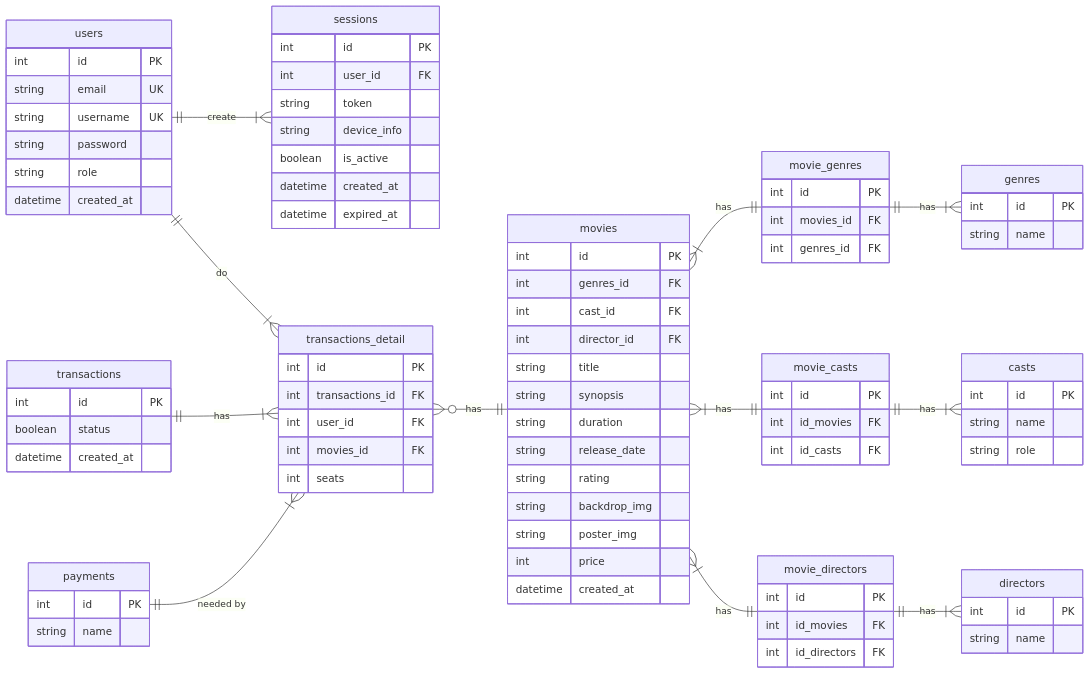
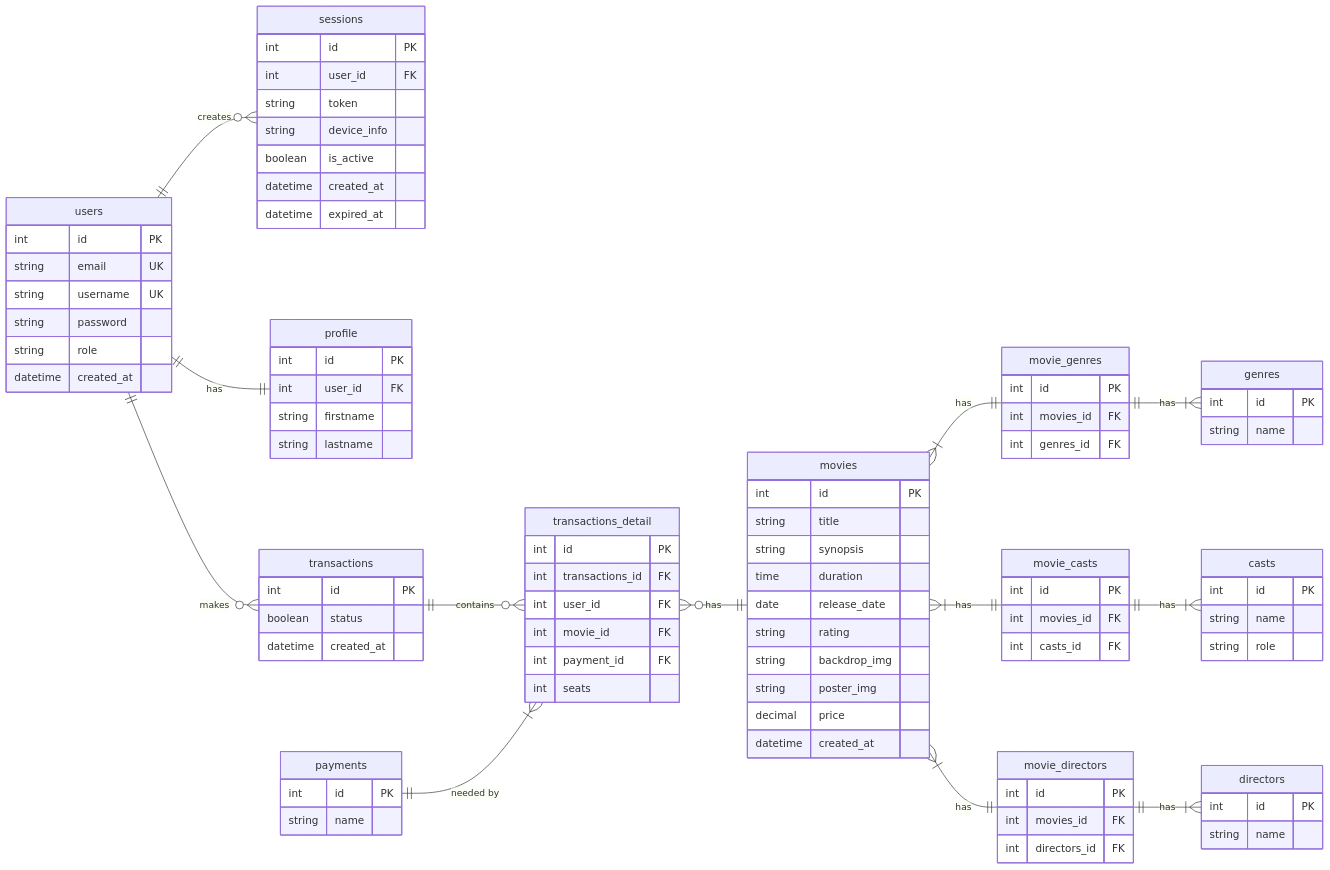
The diagram in README.md (devbydenis/fgo24-db-weeklytask), drawn with Mermaid before and after one commit. The commit also changed other lines of this file, not shown here.

Commit message:
fix: logic transaction, session, profile. movies relation

```diff
--- a/README.md
+++ b/README.md
@@ -7,16 +5,17 @@
 erDiagram
     direction LR
 
-    users ||--|{ sessions :create
+    users ||--o{ sessions :"creates"
+    users ||--|| profile :has
+    users ||--o{ transactions:makes
+    transactions ||--o{ transactions_detail:contains
+    transactions_detail }o--||movies:has
     movie_genres||--|{ genres:has
-    transactions ||--|{ transactions_detail:has
-    transactions_detail }o--||movies:has
     movies }|--|| movie_genres:has
     movie_casts||--|{ casts:has
     movies }|--|| movie_casts:has
     movies }|--|| movie_directors : has
     movie_directors||--|{ directors:has
-    users ||--|{ transactions_detail:do
     payments||--|{transactions_detail:"needed by"
 
     users {
@@ -38,55 +37,55 @@
         datetime  expired_at
     }
 
+    profile {
+        int       id            PK
+        int       user_id       FK
+        string    firstname 
+        string    lastname 
+    }
+
     movies {
         int         id              PK
-        int         genres_id       FK
-        int         cast_id         FK
-        int         director_id     FK
         string      title
         string      synopsis
-        string      duration
-        string      release_date
+        time        duration
+        date        release_date
         string      rating
         string      backdrop_img
         string      poster_img
-        int         price
+        decimal     price
         datetime    created_at
     }
 
     movie_casts{
-        int    id   PK
-        int    id_movies    FK
-        int    id_casts    FK
+        int    id           PK
+        int    movies_id    FK
+        int    casts_id     FK
     }
-
-    movie_directors{
-        int    id   PK
-        int    id_movies    FK
-        int    id_directors    FK
-    }
-
-
-    genres {
-        int     id    PK
-        string  name
-    }
-    movie_genres{
-        int    id   PK
-        int    movies_id    FK
-        int    genres_id    FK
-    }
-
     casts {
         int     id    PK
         string  name
         string  role
     }
 
-
+    movie_directors{
+        int    id   PK
+        int    movies_id       FK
+        int    directors_id    FK
+    }
     directors {
         int     id    PK
         string  name  
+    }
+
+    movie_genres{
+        int    id           PK
+        int    movies_id    FK
+        int    genres_id    FK
+    }
+    genres {
+        int     id    PK
+        string  name
     }
 
     payments{
@@ -95,16 +94,16 @@
     }
 
     transactions{
-        int         id          PK
+        int         id           PK
         boolean     status
         datetime    created_at
     }
-
     transactions_detail {
         int     id               PK
         int     transactions_id  FK
         int     user_id          FK
-        int     movies_id        FK
+        int     movie_id         FK
+        int     payment_id       FK
         int     seats
     }
 
```
